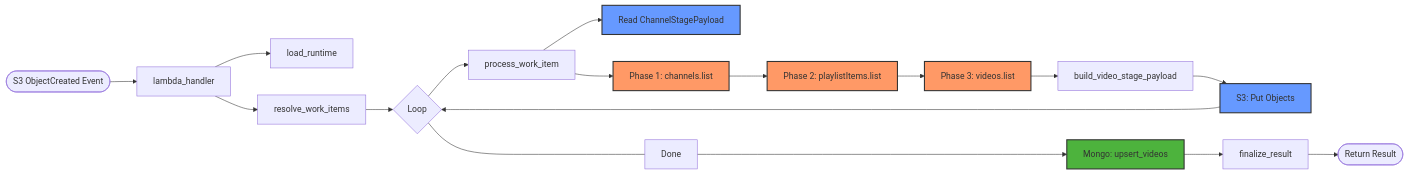
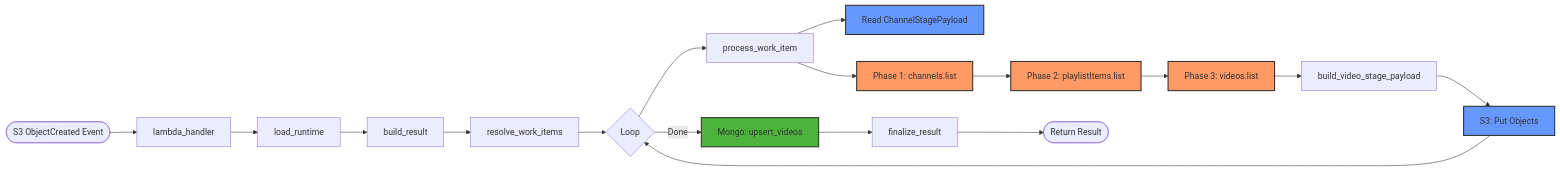
One commit to kaushalkrishna2000/youtube-bot-analytics changed the first of 3 diagrams in video_lambda/README.md. Above: the diagram before and after it, drawn with Mermaid. The commit also changed other lines of this file and 20 other files, not shown here.

Commit message:
Update READMEs and code comments to reflect updated flowcharts, execution flow, and revised `build_result` logic across all Lambda components.

````diff
--- a/video_lambda/README.md
+++ b/video_lambda/README.md
@@ -7,24 +7,25 @@
 ```mermaid
 graph LR
     Start([S3 ObjectCreated Event]) --> LH[lambda_handler]
     LH --> LR[load_runtime]
-    LH --> RWI[resolve_work_items]
+    LR --> BR[build_result]
+    BR --> RWI[resolve_work_items]
     RWI --> Loop{Loop}
     Loop --> PWI[process_work_item]
     PWI --> RS3[Read ChannelStagePayload]:::s3
     PWI --> YT1[Phase 1: channels.list]:::youtube
     YT1 --> YT2[Phase 2: playlistItems.list]:::youtube
     YT2 --> YT3[Phase 3: videos.list]:::youtube
     YT3 --> BVSP[build_video_stage_payload]
     BVSP --> WS3[S3: Put Objects]:::s3
     WS3 --> Loop
     
     %% Termination path at the bottom
-    Loop ---- Done ----> MW[Mongo: upsert_videos]:::mongodb
+    Loop -->|Done| MW[Mongo: upsert_videos]:::mongodb
     MW --> FR[finalize_result]
     FR --> End([Return Result])
 
     classDef youtube fill:#f96,stroke:#333,stroke-width:2px;
     classDef s3 fill:#69f,stroke:#333,stroke-width:2px;
     classDef mongodb fill:#4db33d,stroke:#333,stroke-width:2px;
 ```
````
